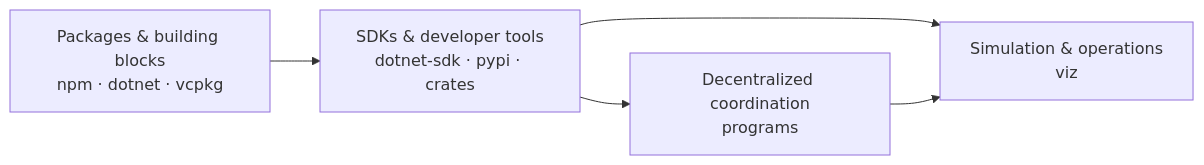
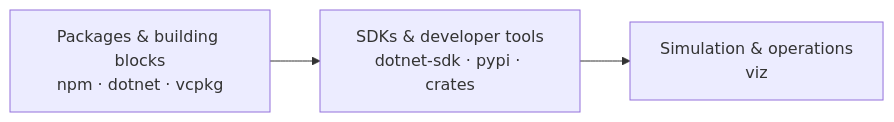
The diagram in profile/README.md (resq-software/.github), drawn with Mermaid before and after one commit. The commit also changed other lines of this file, not shown here.

````diff
--- a/profile/README.md
+++ b/profile/README.md
@@ -51,12 +51,9 @@
 ```mermaid
 flowchart LR
     Foundation["Packages & building blocks<br/>npm · dotnet · vcpkg"]
     Tools["SDKs & developer tools<br/>dotnet-sdk · pypi · crates"]
-    Trust["Decentralized coordination<br/>programs"]
     Operations["Simulation & operations<br/>viz"]
 
     Foundation --> Tools
-    Tools --> Trust
     Tools --> Operations
-    Trust --> Operations
 ```
````
